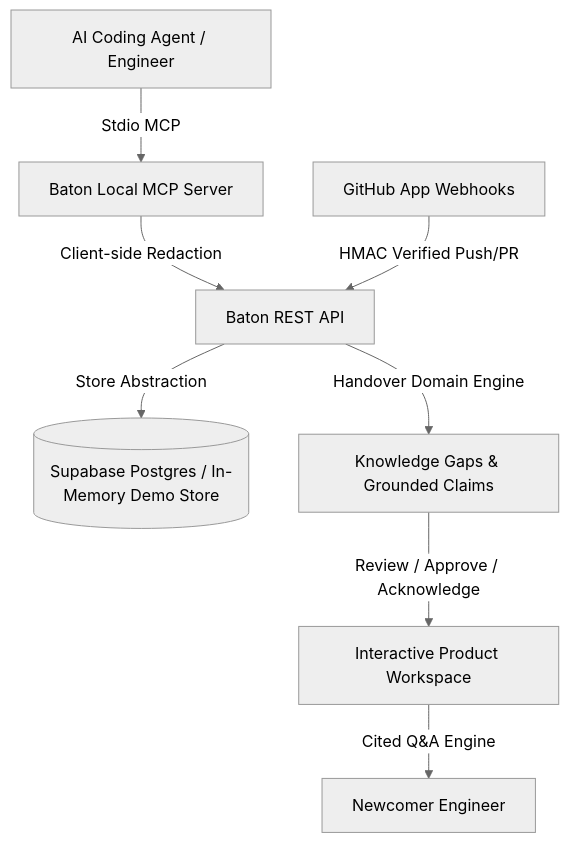
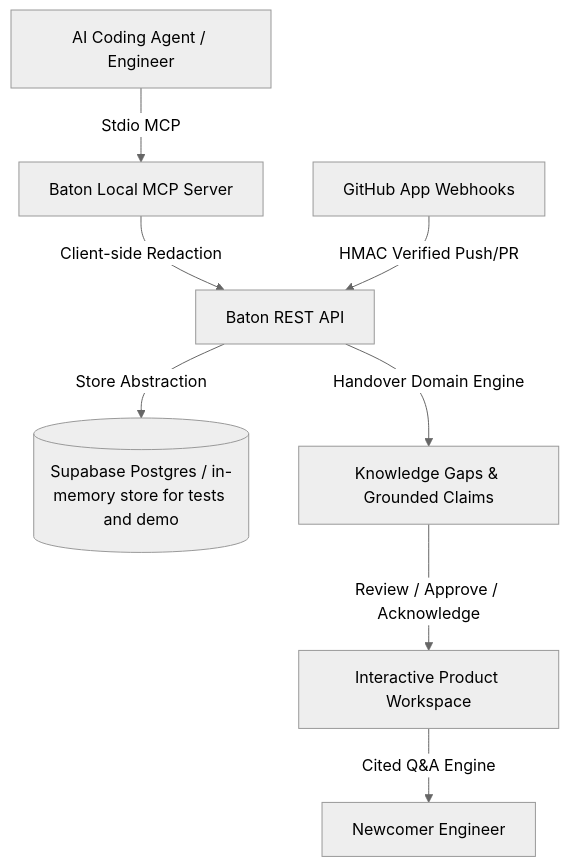
Before and after one commit to may1102-1909/BATON: the diagram in docs/ARCHITECTURE.md, drawn with Mermaid (neutral theme). The commit also changed other lines of this file and 19 other files, not shown here.

````diff
--- a/docs/ARCHITECTURE.md
+++ b/docs/ARCHITECTURE.md
@@ -5,10 +5,10 @@
 ```mermaid
 flowchart TD
     A[AI Coding Agent / Engineer] -->|Stdio MCP| B[Baton Local MCP Server]
     B -->|Client-side Redaction| C[Baton REST API]
     D[GitHub App Webhooks] -->|HMAC Verified Push/PR| C
-    C -->|Store Abstraction| E[(Supabase Postgres / In-Memory Demo Store)]
+    C -->|Store Abstraction| E[(Supabase Postgres / in-memory store for tests and demo)]
     C -->|Handover Domain Engine| F[Knowledge Gaps & Grounded Claims]
     F -->|Review / Approve / Acknowledge| G[Interactive Product Workspace]
     G -->|Cited Q&A Engine| H[Newcomer Engineer]
 ```
````
